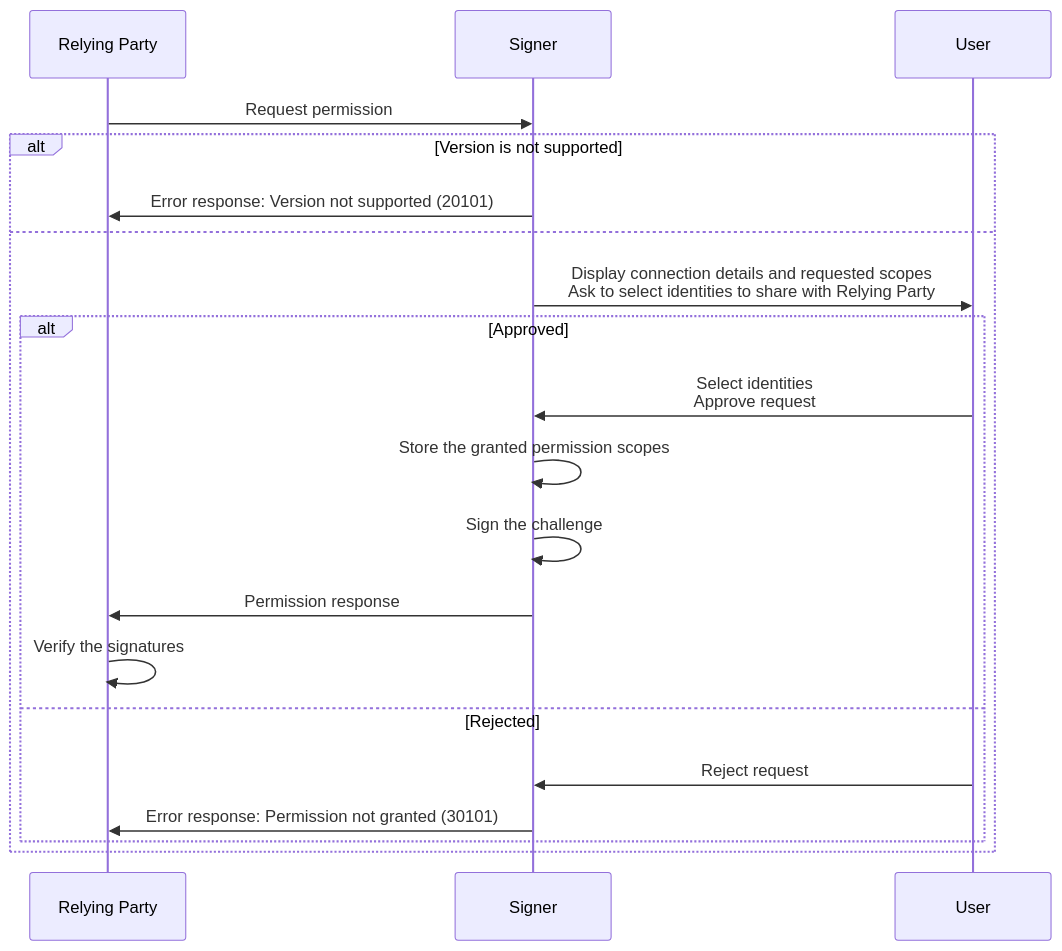
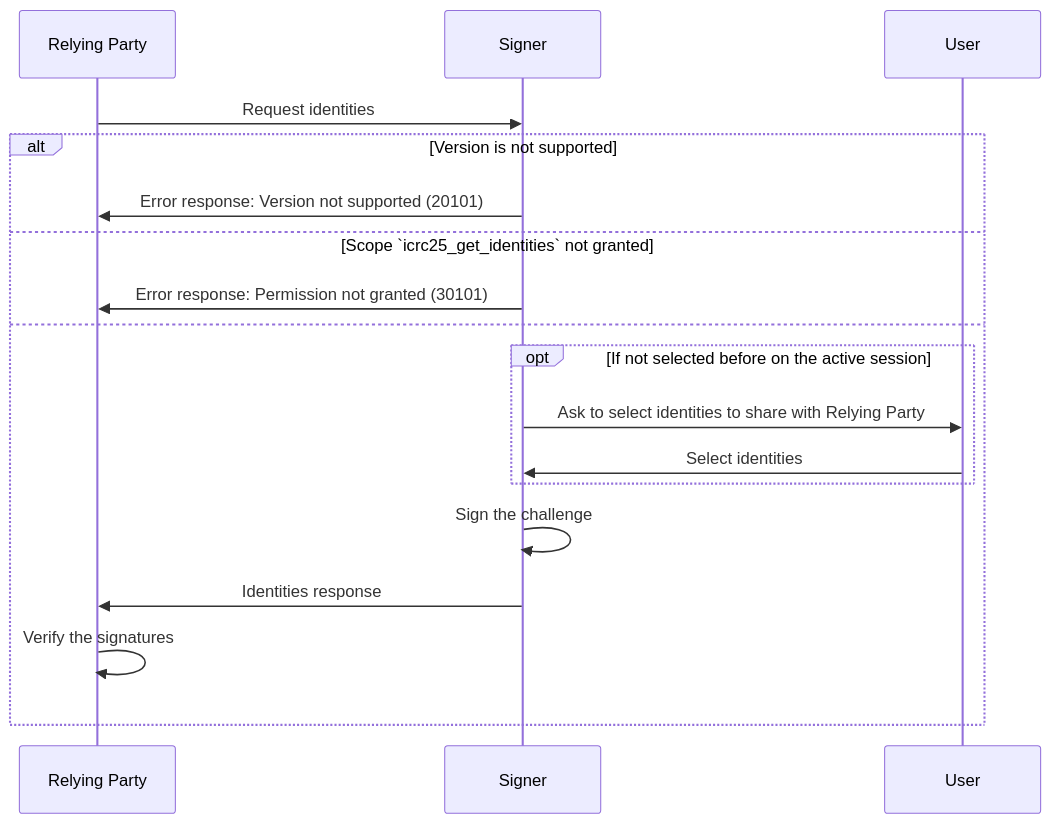
One commit to dfinity/wg-identity-authentication changed the second of 4 diagrams in topics/icrc_25_signer_interaction_standard.md. Above: the diagram before and after it, drawn with Mermaid. The commit also changed other lines of this file, not shown here.

First line of the commit message:
ICRC-25: Split out identity information from `icrc25_request_permission` method

````diff
--- a/topics/icrc_25_signer_interaction_standard.md
+++ b/topics/icrc_25_signer_interaction_standard.md
@@ -112,23 +218,21 @@
 ```mermaid
 sequenceDiagram
     participant RP as Relying Party
     participant S as Signer
     participant U as User
 
-    RP ->> S: Request permission
+    RP ->> S: Request identities
     alt Version is not supported
         S ->> RP: Error response: Version not supported (20101)
+    else Scope `icrc25_get_identities` not granted
+        S ->> RP: Error response: Permission not granted (30101)
     else
-        S ->> U: Display connection details and requested scopes<br/> Ask to select identities to share with Relying Party
-        alt Approved
-            U ->> S: Select identities<br/>Approve request
-            S ->> S: Store the granted permission scopes
-            S ->> S: Sign the challenge
-            S ->> RP: Permission response
-            RP ->> RP: Verify the signatures
-        else Rejected
-            U ->> S: Reject request
-            S ->> RP: Error response: Permission not granted (30101)
+        opt If not selected before on the active session 
+            S ->> U: Ask to select identities to share with Relying Party
+            U ->> S: Select identities
         end
+        S ->> S: Sign the challenge
+        S ->> RP: Identities response
+        RP ->> RP: Verify the signatures
     end
 ```
````
